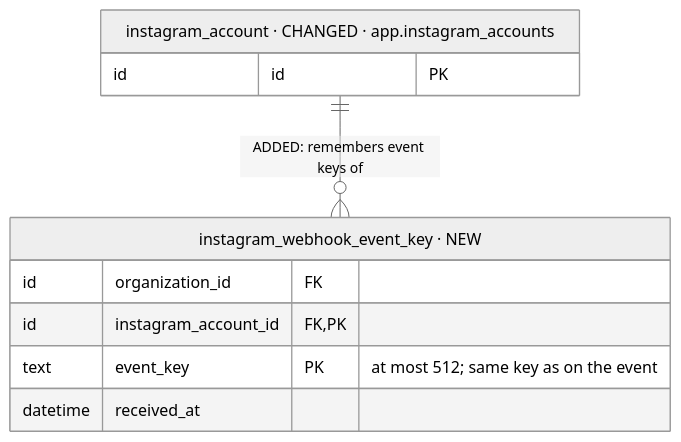
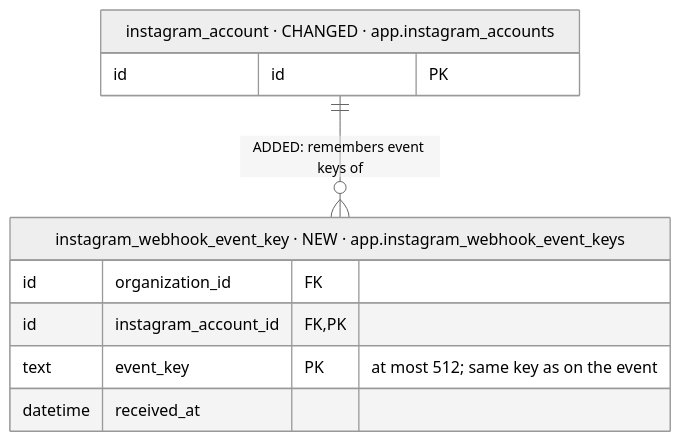
One commit to albetrios/meepzo-be changed diagram 18 of 39 in iterations/feat-instagram-dm-sending-2026-11-23-oxak/plans/db-changes.md. Above: the diagram before and after it, drawn with Mermaid (neutral theme). The commit also changed other lines of this file and 3 other files, not shown here.

````diff
--- a/iterations/feat-instagram-dm-sending-2026-11-23-oxak/plans/db-changes.md
+++ b/iterations/feat-instagram-dm-sending-2026-11-23-oxak/plans/db-changes.md
@@ -885,13 +857,13 @@
 ```mermaid
 erDiagram
-  instagram_webhook_event_key["instagram_webhook_event_key · NEW"] {
+  instagram_webhook_event_key["instagram_webhook_event_key · NEW · app.instagram_webhook_event_keys"] {
     id organization_id FK
     id instagram_account_id FK, PK
     text event_key PK "at most 512; same key as on the event"
     datetime received_at
   }
   instagram_account["instagram_account · CHANGED · app.instagram_accounts"] {
     id id PK
   }
   instagram_account ||--o{ instagram_webhook_event_key : "ADDED: remembers event keys of"
 ```
````
